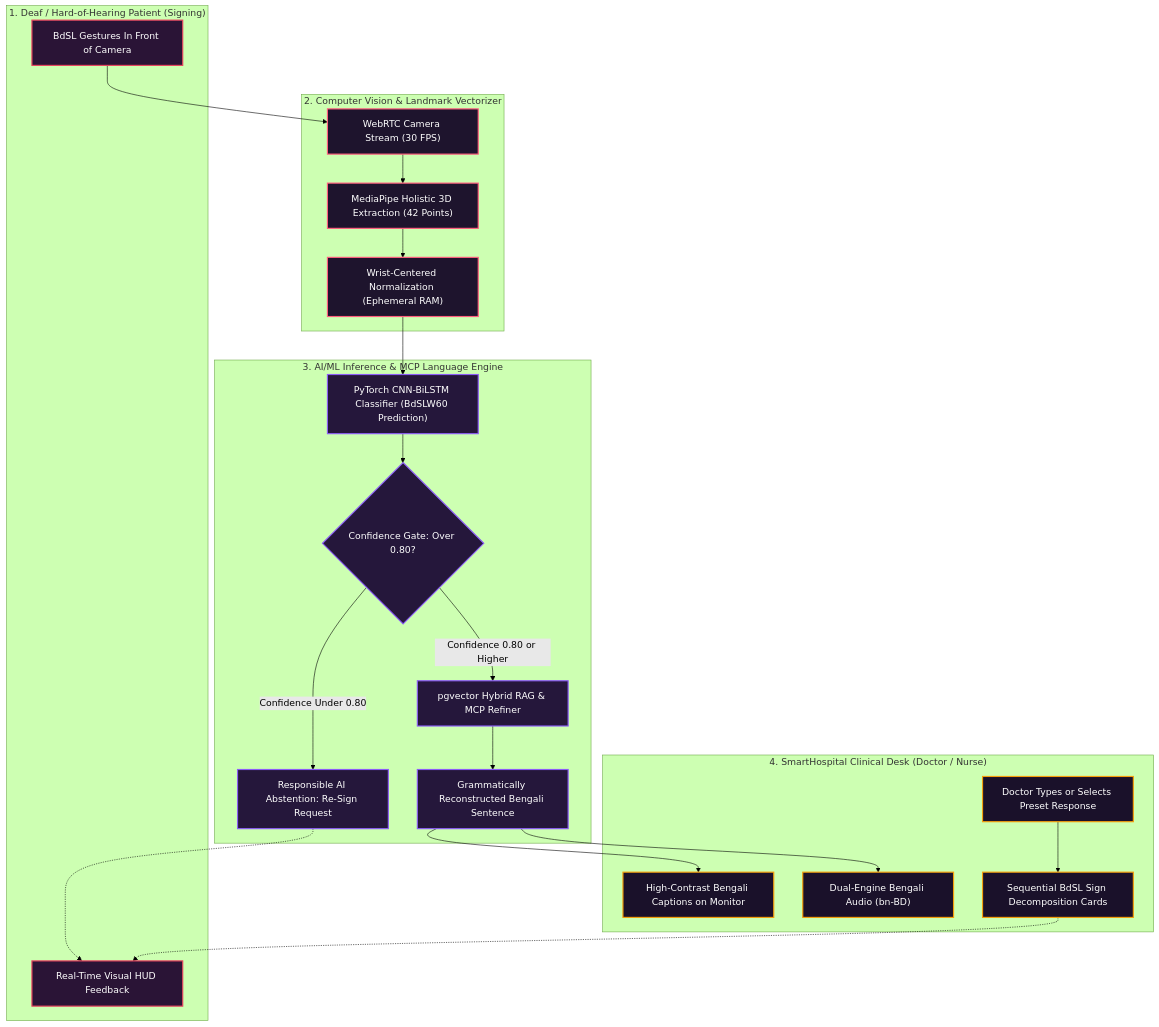
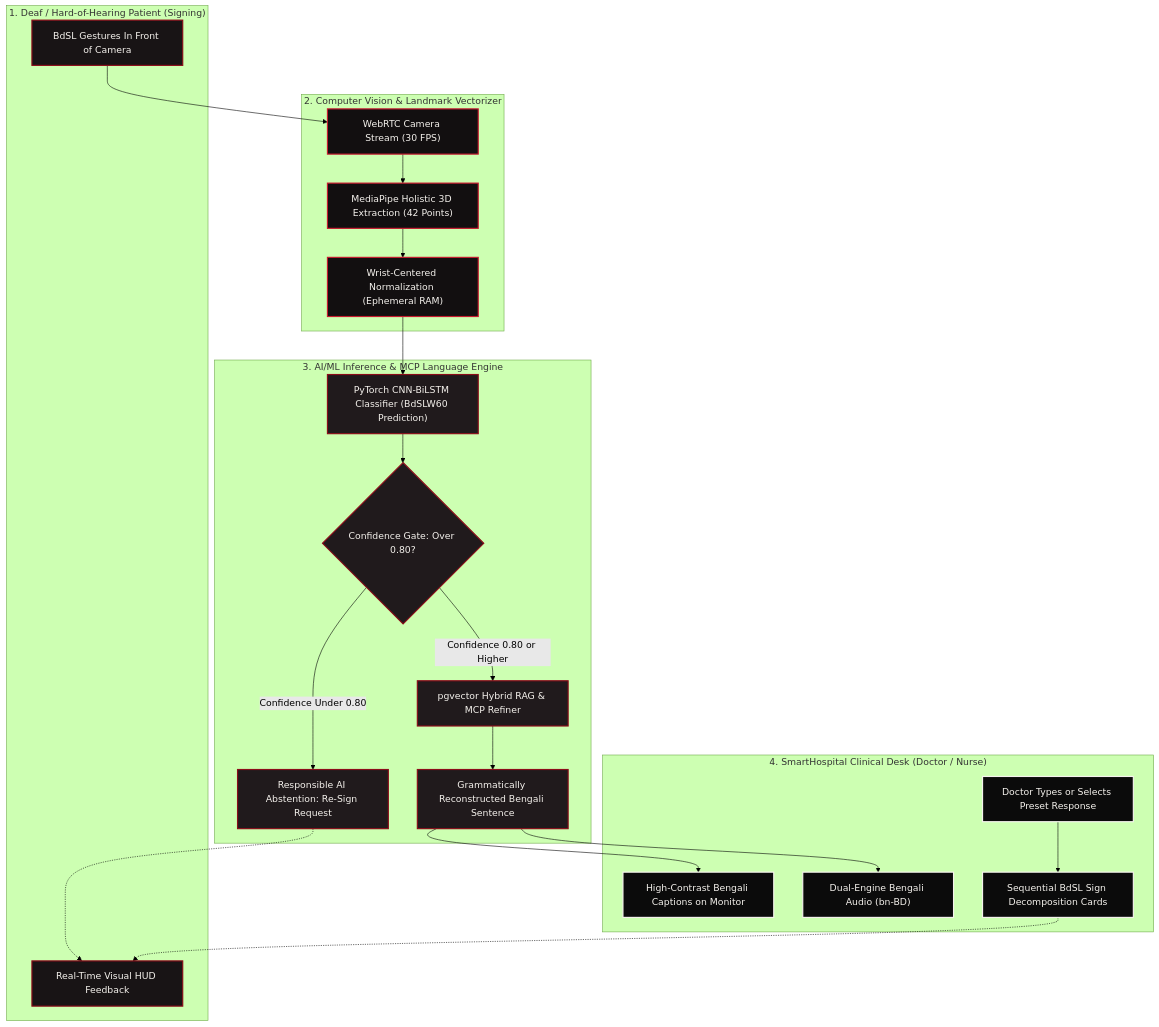
One commit to mohammademon10/Bhasha-Drishti changed the first of 6 diagrams in README.md. Above: the diagram before and after it, drawn with Mermaid (forest theme). The commit also changed other lines of this file and 16 other files, not shown here.

````diff
--- a/README.md
+++ b/README.md
@@ -58,47 +58,47 @@
 ```mermaid
 flowchart TD
-    classDef patient fill:#2A1436,stroke:#E94560,stroke-width:2px,color:#FFFFFF;
-    classDef cv fill:#1E142D,stroke:#FF5E7E,stroke-width:2px,color:#FFFFFF;
-    classDef ml fill:#25173B,stroke:#8B5CF6,stroke-width:2px,color:#FFFFFF;
-    classDef doctor fill:#1A112A,stroke:#F59E0B,stroke-width:2px,color:#FFFFFF;
+    classDef patient fill:#181415,stroke:#8B0D1A,stroke-width:2px,color:#F5F2ED;
+    classDef cv fill:#120F10,stroke:#C71B2F,stroke-width:2px,color:#F5F2ED;
+    classDef ml fill:#201A1C,stroke:#8B0D1A,stroke-width:2px,color:#F5F2ED;
+    classDef doctor fill:#0B0B0B,stroke:#F5F2ED,stroke-width:2px,color:#F5F2ED;
 
     subgraph DEAF_PATIENT["1. Deaf / Hard-of-Hearing Patient (Signing)"]
         P1["BdSL Gestures In Front of Camera"]:::patient
         P2["Real-Time Visual HUD Feedback"]:::patient
     end
 
     subgraph VISION_PIPELINE["2. Computer Vision & Landmark Vectorizer"]
         V1["WebRTC Camera Stream (30 FPS)"]:::cv
         V2["MediaPipe Holistic 3D Extraction (42 Points)"]:::cv
         V3["Wrist-Centered Normalization (Ephemeral RAM)"]:::cv
     end
 
     subgraph AI_CORE["3. AI/ML Inference & MCP Language Engine"]
         M1["PyTorch CNN-BiLSTM Classifier (BdSLW60 Prediction)"]:::ml
         M2{"Confidence Gate: Over 0.80?"}:::ml
         M3["Responsible AI Abstention: Re-Sign Request"]:::ml
         M4["pgvector Hybrid RAG & MCP Refiner"]:::ml
         M5["Grammatically Reconstructed Bengali Sentence"]:::ml
     end
 
     subgraph HOSPITAL_DESK["4. SmartHospital Clinical Desk (Doctor / Nurse)"]
         D1["High-Contrast Bengali Captions on Monitor"]:::doctor
         D2["Dual-Engine Bengali Audio (bn-BD)"]:::doctor
         D3["Doctor Types or Selects Preset Response"]:::doctor
         D4["Sequential BdSL Sign Decomposition Cards"]:::doctor
     end
 
     P1 --> V1
     V1 --> V2
     V2 --> V3
     V3 --> M1
     M1 --> M2
     M2 -- "Confidence Under 0.80" --> M3
     M3 -.-> P2
     M2 -- "Confidence 0.80 or Higher" --> M4
     M4 --> M5
     M5 --> D1
     M5 --> D2
     D3 --> D4
     D4 -.-> P2
 ```
````
